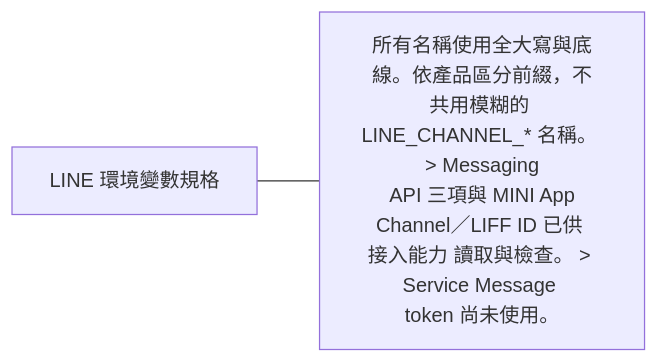
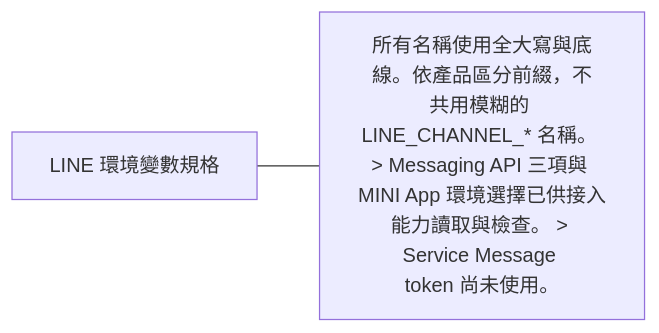
One commit to 963sup/line-mini-app-bot changed the first of 9 diagrams in docs/architecture/integrations/line-environment.md. Above: the diagram before and after it, drawn with Mermaid. The commit also changed other lines of this file and 12 other files, not shown here.

````diff
--- a/docs/architecture/integrations/line-environment.md
+++ b/docs/architecture/integrations/line-environment.md
@@ -5,6 +5,6 @@
 ```mermaid
 flowchart LR
   h["LINE 環境變數規格"]
-  h --- n0["所有名稱使用全大寫與底線。依產品區分前綴，不<br/>共用模糊的 LINE_CHANNEL_* 名稱。 &gt; Messaging<br/> API 三項與 MINI App Channel／LIFF ID 已供 <br/>接入能力 讀取與檢查。 &gt; Service Message <br/>token 尚未使用。"]
+  h --- n0["所有名稱使用全大寫與底線。依產品區分前綴，不<br/>共用模糊的 LINE_CHANNEL_* 名稱。 &gt; Messaging API 三項與 MINI App 環境選擇已供接入能力讀取與檢查。 &gt; Service Message <br/>token 尚未使用。"]
   click n0 "../../guides/line-setup/README.md"
 ```
````
